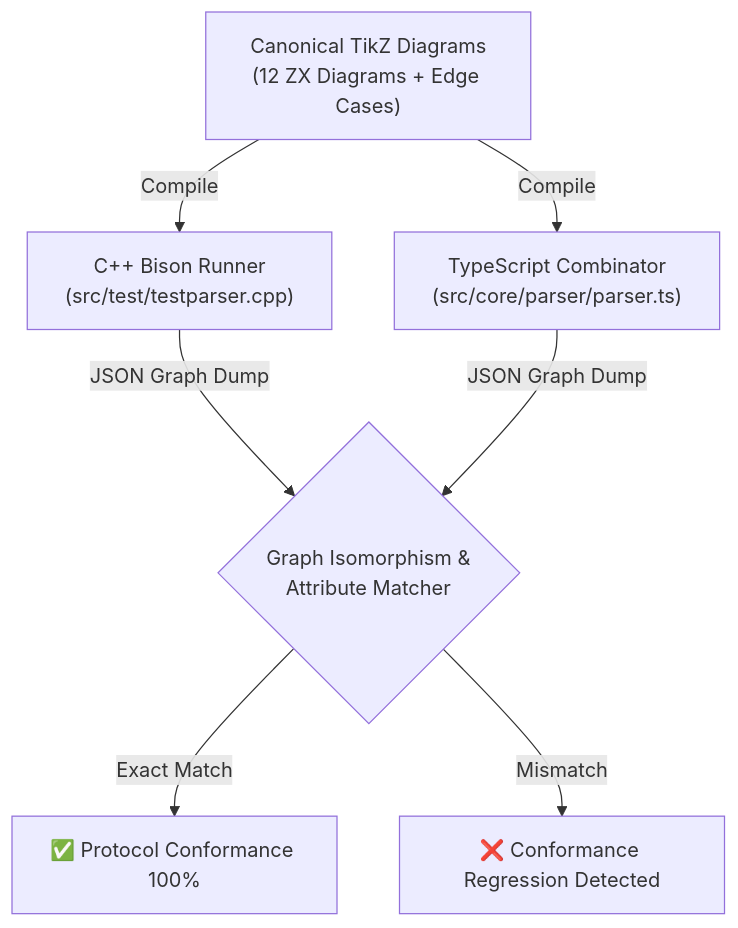
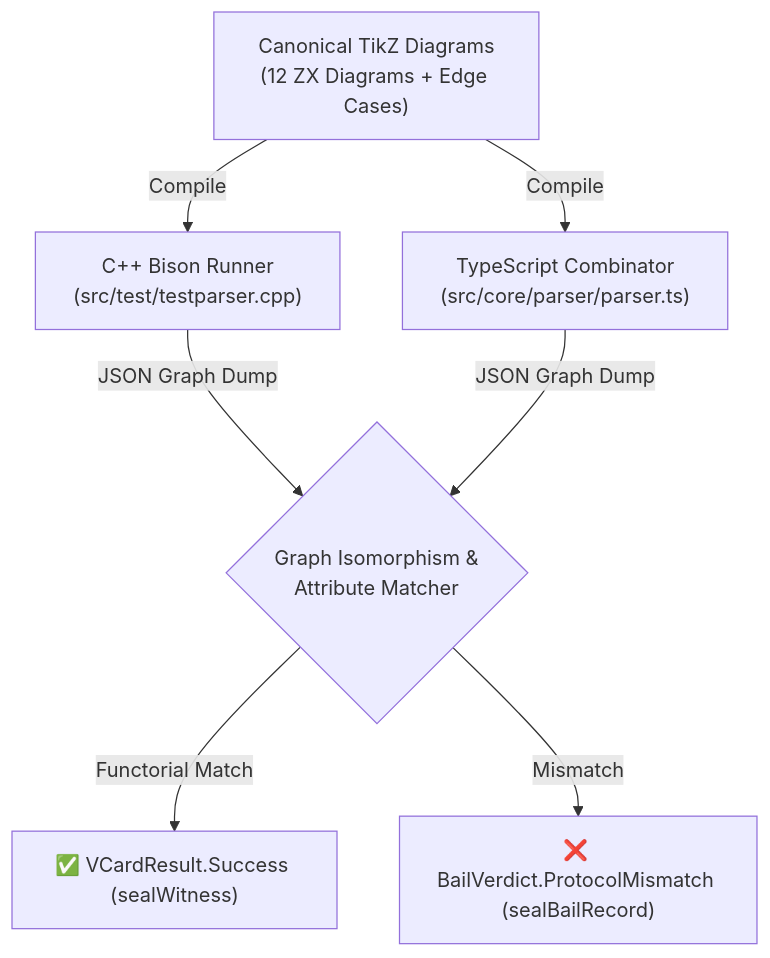
One commit to xlp0/tikzit changed the diagram in docs/sprints/_active/SPRINT-24-PARSER-AND-NATIVE-CPP-MODULARIZATION.md. Above: the diagram before and after it, drawn with Mermaid. The commit also changed other lines of this file and 6 other files, not shown here.

````diff
--- a/docs/sprints/_active/SPRINT-24-PARSER-AND-NATIVE-CPP-MODULARIZATION.md
+++ b/docs/sprints/_active/SPRINT-24-PARSER-AND-NATIVE-CPP-MODULARIZATION.md
@@ -81,13 +81,13 @@
 ```mermaid
 graph TD
     Test_Corpus["Canonical TikZ Diagrams<br/>(12 ZX Diagrams + Edge Cases)"]
     
     Test_Corpus -->|Compile| Cpp_Runner["C++ Bison Runner<br/>(src/test/testparser.cpp)"]
     Test_Corpus -->|Compile| TS_Runner["TypeScript Combinator<br/>(src/core/parser/parser.ts)"]
     
     Cpp_Runner -->|JSON Graph Dump| Comparator{"Graph Isomorphism &<br/>Attribute Matcher"}
     TS_Runner -->|JSON Graph Dump| Comparator
     
-    Comparator -->|Exact Match| Pass["✅ Protocol Conformance 100%"]
-    Comparator -->|Mismatch| Fail["❌ Conformance Regression Detected"]
+    Comparator -->|Functorial Match| Pass["✅ VCardResult.Success (sealWitness)"]
+    Comparator -->|Mismatch| Fail["❌ BailVerdict.ProtocolMismatch (sealBailRecord)"]
 ```
````
